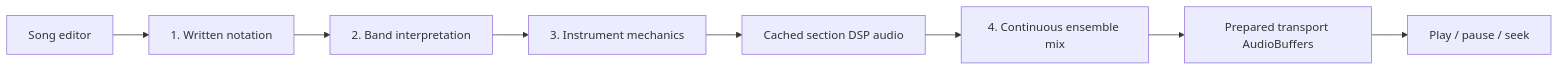
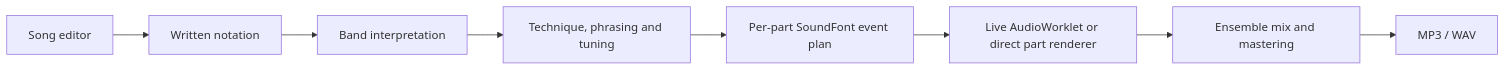
The diagram in docs/engine-pipeline.md (mixgenres/mixgenres.github.io), drawn with Mermaid before and after one commit. The commit also changed other lines of this file and 502 other files, not shown here.

````diff
--- a/docs/engine-pipeline.md
+++ b/docs/engine-pipeline.md
@@ -5,10 +5,10 @@
 ```mermaid
 flowchart LR
-  UI[Song editor] --> N[1. Written notation]
-  N --> B[2. Band interpretation]
-  B --> P[3. Instrument mechanics]
-  P --> S[Cached section DSP audio]
-  S --> M[4. Continuous ensemble mix]
-  M --> A[Prepared transport AudioBuffers]
-  A --> T[Play / pause / seek]
+  UI[Song editor] --> N[Written notation]
+  N --> B[Band interpretation]
+  B --> P[Technique, phrasing and tuning]
+  P --> E[Per-part SoundFont event plan]
+  E --> W[Live AudioWorklet or direct part renderer]
+  W --> M[Ensemble mix and mastering]
+  M --> A[MP3 / WAV]
 ```
````
